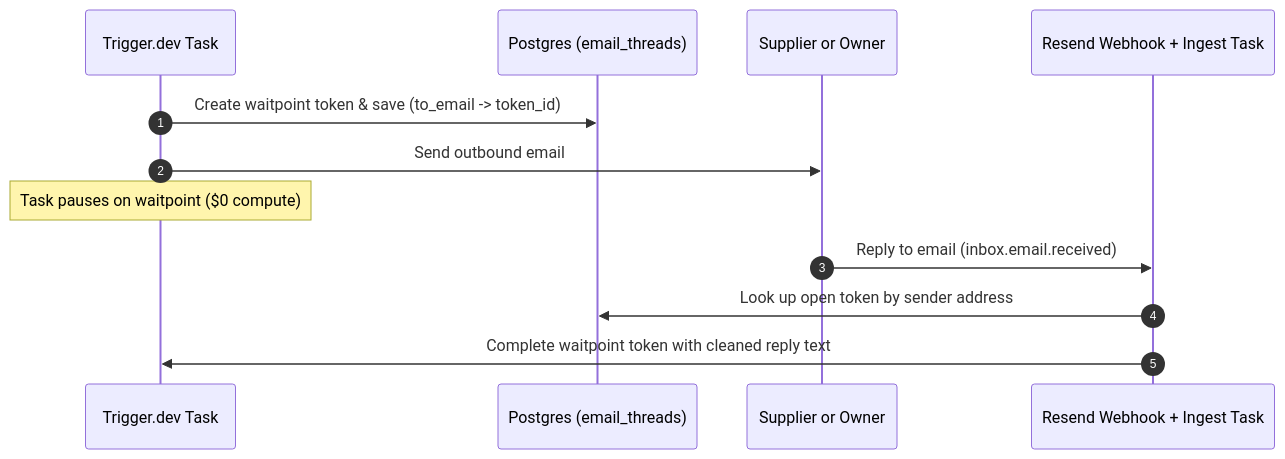
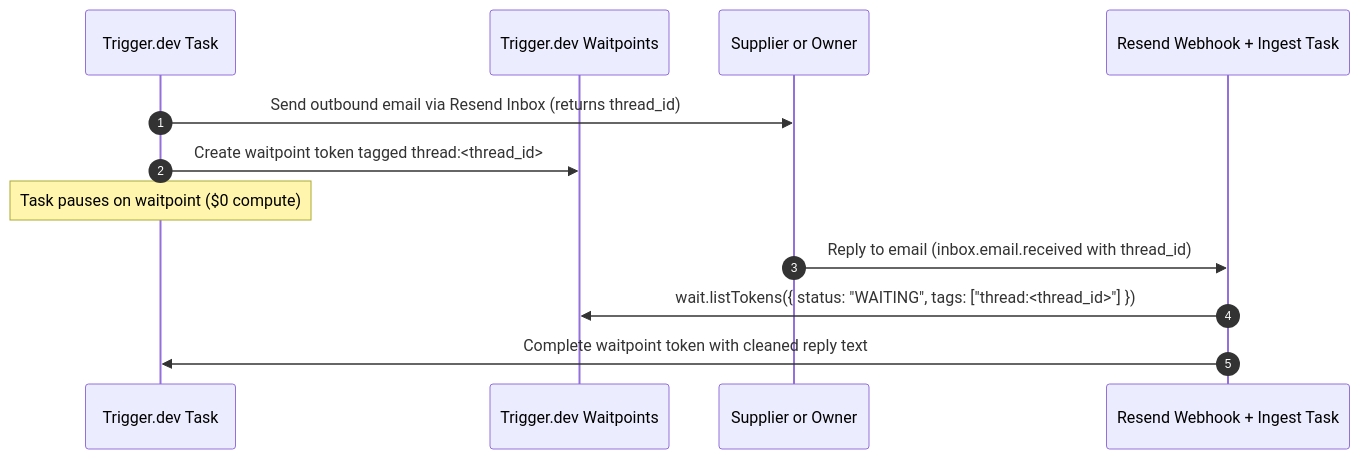
The second of 2 diagrams in README.md (dhanushreddy291/shopify-supplier-negotiator), drawn with Mermaid before and after one commit. The commit also changed other lines of this file and 12 other files, not shown here.

Commit message:
Updated email handling to include thread IDs

````diff
--- a/README.md
+++ b/README.md
@@ -45,15 +45,15 @@
 ```mermaid
 sequenceDiagram
     autonumber
     participant Task as Trigger.dev Task
-    participant DB as Postgres (email_threads)
+    participant WT as Trigger.dev Waitpoints
     participant Person as Supplier or Owner
     participant Ingest as Resend Webhook + Ingest Task
 
-    Task->>DB: Create waitpoint token & save (to_email -> token_id)
-    Task->>Person: Send outbound email
+    Task->>Person: Send outbound email via Resend Inbox (returns thread_id)
+    Task->>WT: Create waitpoint token tagged thread:<thread_id>
     Note over Task: Task pauses on waitpoint ($0 compute)
-    Person->>Ingest: Reply to email (inbox.email.received)
-    Ingest->>DB: Look up open token by sender address
+    Person->>Ingest: Reply to email (inbox.email.received with thread_id)
+    Ingest->>WT: wait.listTokens({ status: "WAITING", tags: ["thread:<thread_id>"] })
     Ingest->>Task: Complete waitpoint token with cleaned reply text
 ```
````
